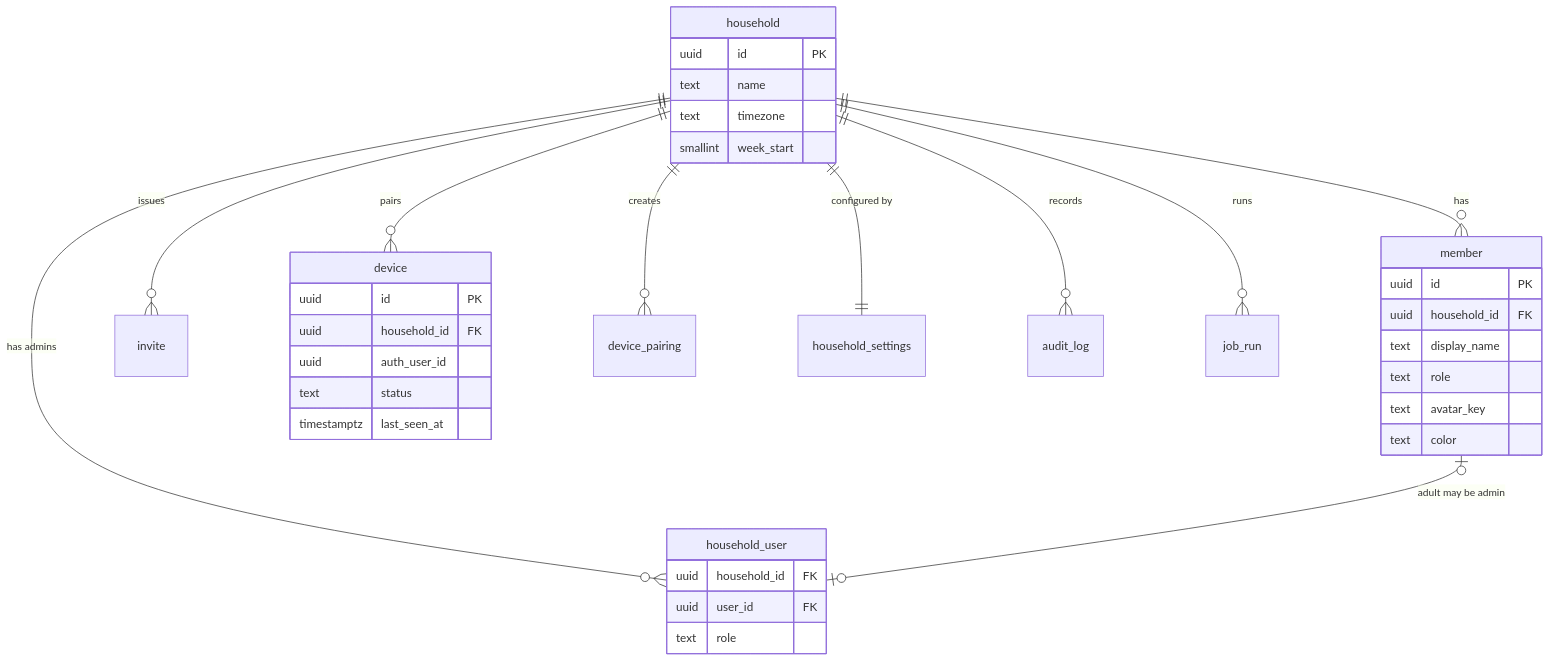
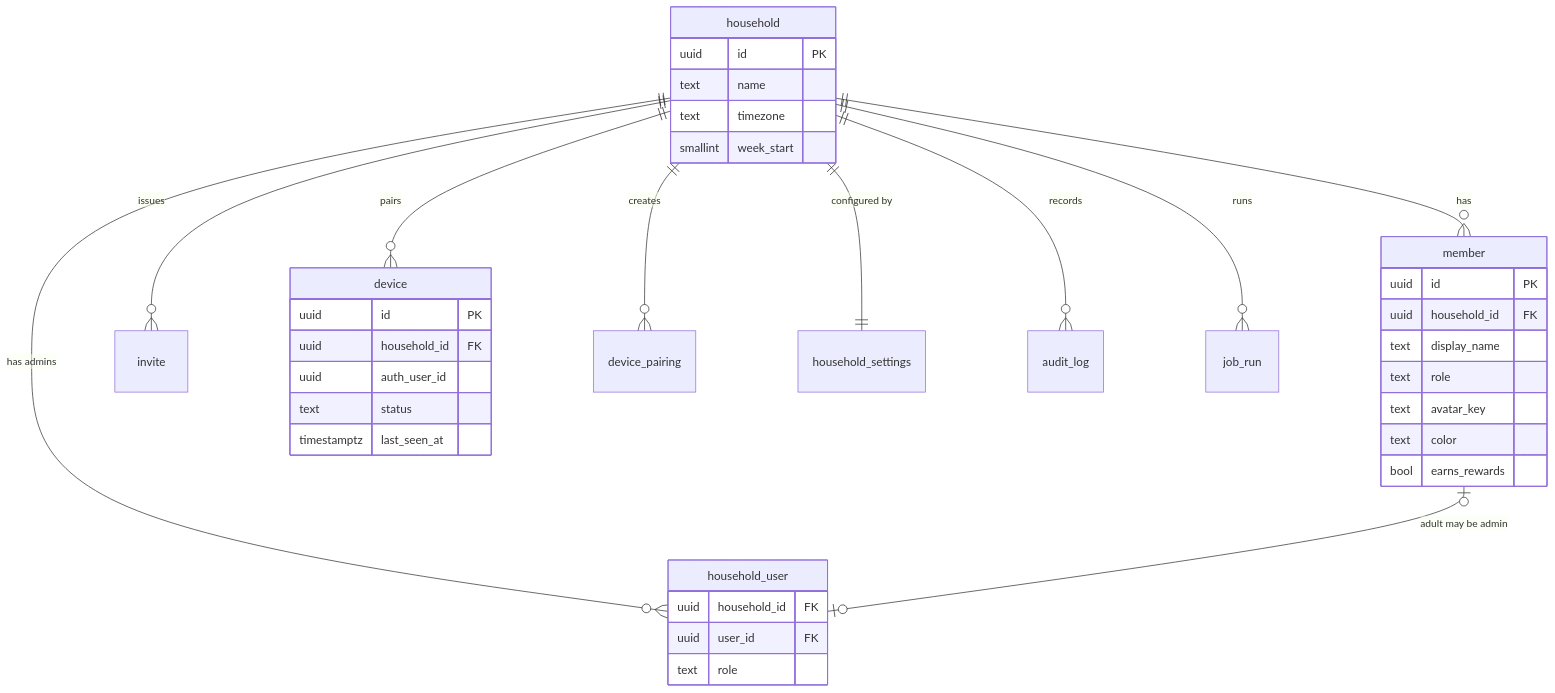
One commit to mronan83/Family-Hub changed the first of 4 diagrams in docs/02-data-model.md. Above: the diagram before and after it, drawn with Mermaid. The commit also changed other lines of this file and 80 other files, not shown here.

First line of the commit message:
Foundation: WP-01 pipeline and WP-02 tenancy schema, docs v0.7 (#1)

````diff
--- a/docs/02-data-model.md
+++ b/docs/02-data-model.md
@@ -25,39 +30,40 @@
 ```mermaid
 erDiagram
   household ||--o{ household_user : "has admins"
   household ||--o{ member : "has"
   household ||--o{ invite : "issues"
   household ||--o{ device : "pairs"
   household ||--o{ device_pairing : "creates"
   household ||--|| household_settings : "configured by"
   household ||--o{ audit_log : "records"
   household ||--o{ job_run : "runs"
   member |o--o| household_user : "adult may be admin"
 
   household {
     uuid id PK
     text name
     text timezone
     smallint week_start
   }
   household_user {
     uuid household_id FK
     uuid user_id FK
     text role
   }
   member {
     uuid id PK
     uuid household_id FK
     text display_name
     text role
     text avatar_key
     text color
+    bool earns_rewards
   }
   device {
     uuid id PK
     uuid household_id FK
     uuid auth_user_id
     text status
     timestamptz last_seen_at
   }
 ```
````
